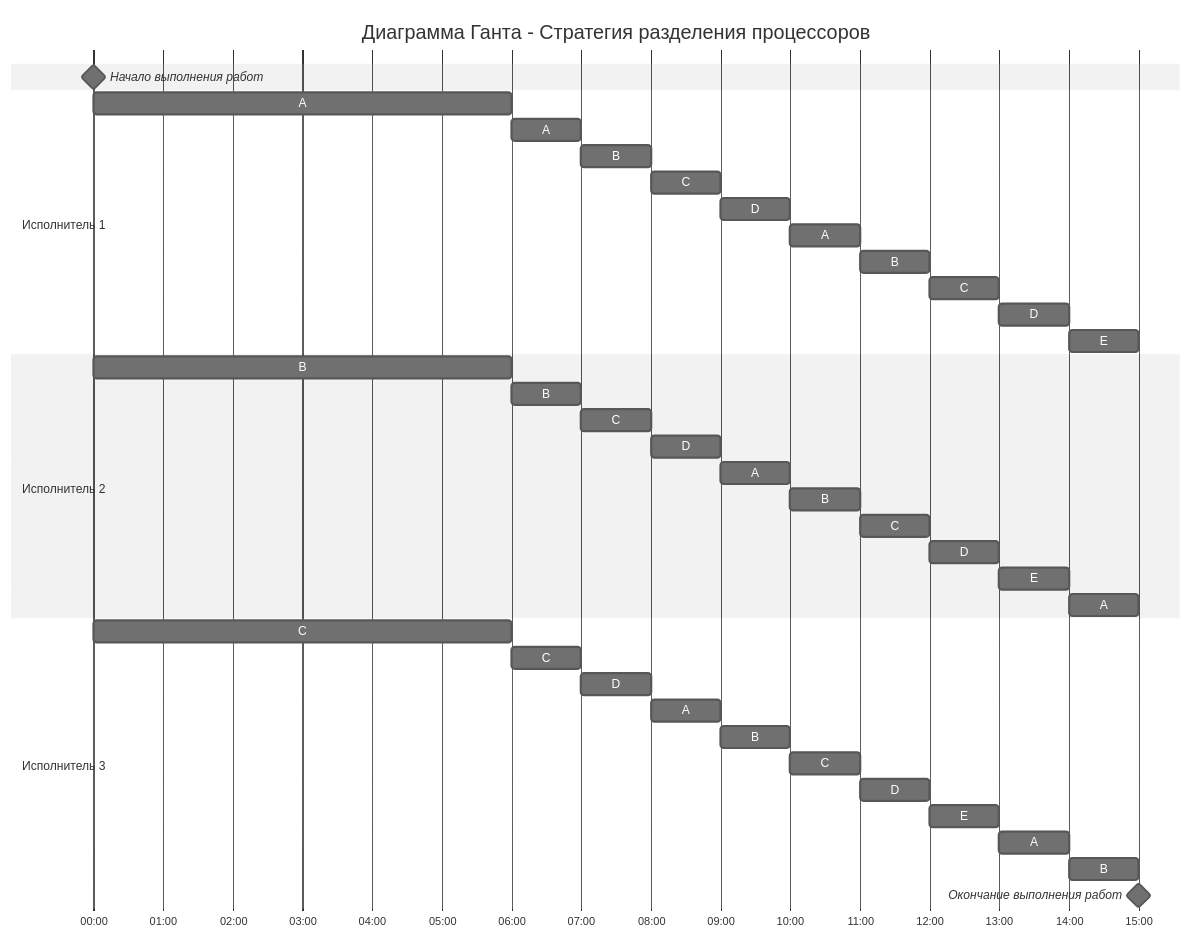
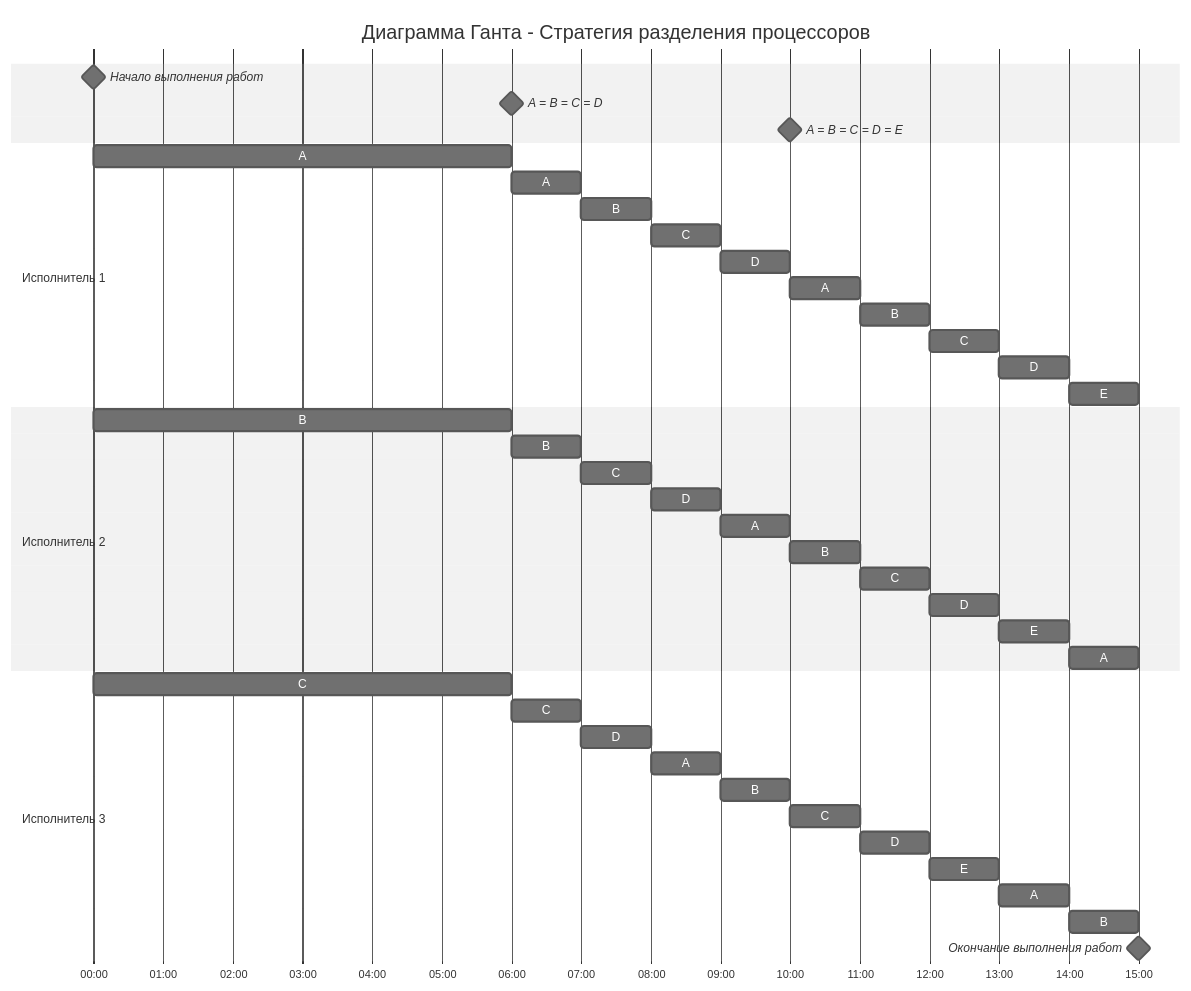
The diagram in task-6/ewup.md (hse-algo-24-owl/manual-tasks-owl), drawn with Mermaid (neutral theme) before and after one commit. The commit also changed other lines of this file, not shown here.

````diff
--- a/task-6/ewup.md
+++ b/task-6/ewup.md
@@ -153,41 +151,43 @@
 ```mermaid
 gantt
     title Диаграмма Ганта - Стратегия разделения процессоров
     dateFormat DD HH:mm    
     axisFormat %H:%M
     Начало выполнения работ : milestone, m1, 01 00:00, 0h
+    A = B = C = D : milestone, m1, 01 06:00, 0h
+    A = B = C = D = E : milestone, m1, 01 10:00, 0h
     section Исполнитель 1
     A         :a1, 01 00:00, 6h
     A         :a2, after a1, 1h
     B         :a3, after a2, 1h
     C         :a4, after a3, 1h
     D         :a5, after a4, 1h
     A         :a6, after a5, 1h
     B         :a7, after a6, 1h
     C         :a8, after a7, 1h
     D         :a9, after a8, 1h
     E         :a10, after a9, 1h
     section Исполнитель 2
     B         :b1, 01 00:00, 6h
     B         :b2, after b1, 1h
     C         :b3, after b2, 1h
     D         :b4, after b3, 1h
     A         :b5, after b4, 1h
     B         :b6, after b5, 1h
     C         :b7, after b6, 1h
     D         :b8, after b7, 1h
     E         :b9, after b8, 1h
     A         :b10, after b9, 1h
     section Исполнитель 3
     C         :c1, 01 00:00, 6h
     C         :c2, after c1, 1h
     D         :c3, after c2, 1h
     A         :c4, after c3, 1h
     B         :c5, after c4, 1h
     C         :c6, after c5, 1h
     D         :c7, after c6, 1h
     E         :c8, after c7, 1h
     A         :c9, after c8, 1h
     B         :c10, after c9, 1h
     Окончание выполнения работ : milestone, m2, 01 15:00, 0h
 ```
````
